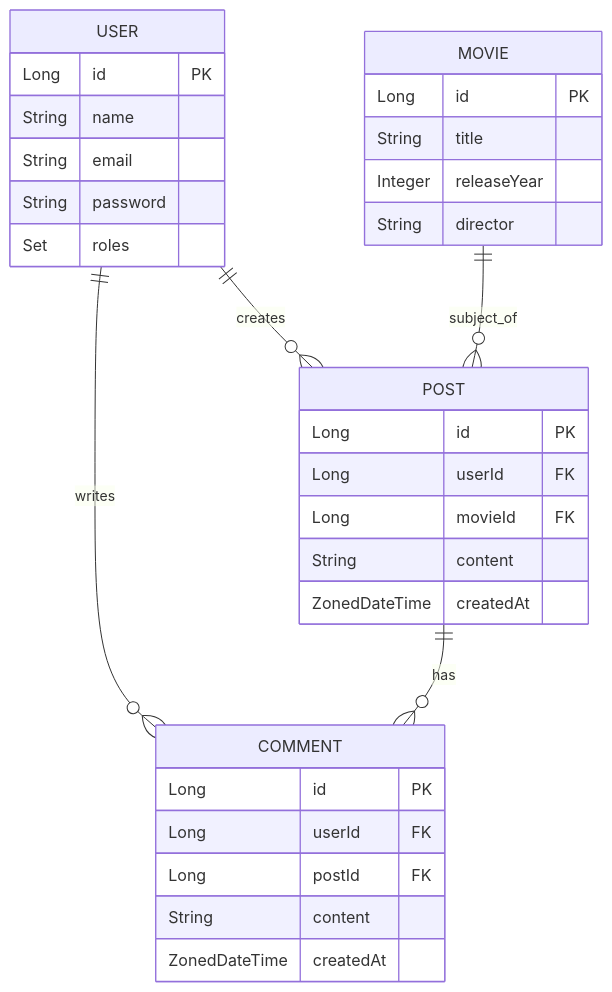
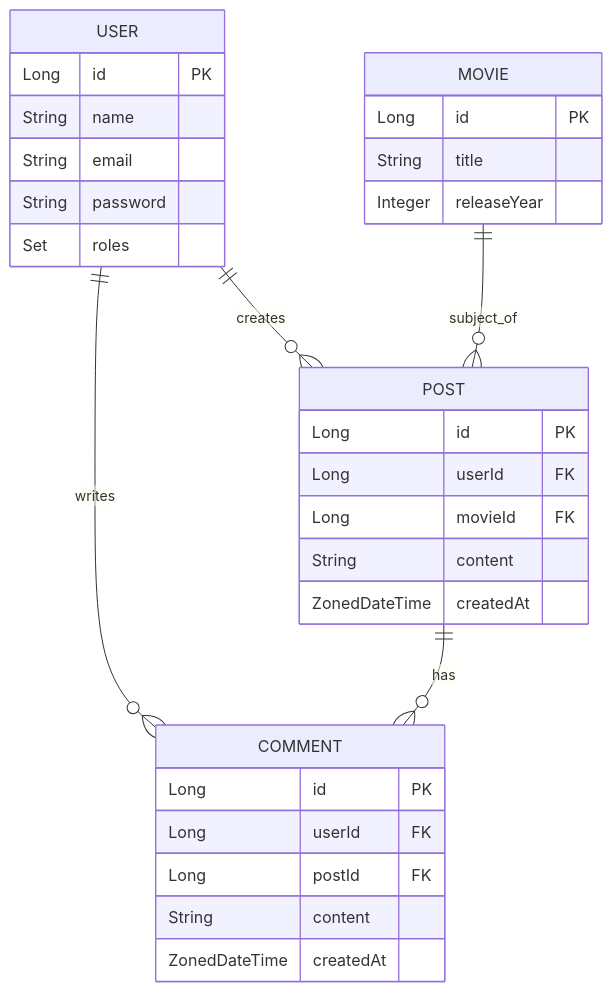
The diagram in README.md (mateoismael/fammz), drawn with Mermaid before and after one commit.

````diff
--- a/README.md
+++ b/README.md
@@ -87,38 +87,37 @@
 ```mermaid
 erDiagram
     USER ||--o{ POST : creates
     USER ||--o{ COMMENT : writes
     MOVIE ||--o{ POST : subject_of
     POST ||--o{ COMMENT : has
 
     USER {
         Long id PK
         String name
         String email
         String password
         Set roles
     }
 
     MOVIE {
         Long id PK
         String title
         Integer releaseYear
-        String director
     }
 
     POST {
         Long id PK
         Long userId FK
         Long movieId FK
         String content
         ZonedDateTime createdAt
     }
 
     COMMENT {
         Long id PK
         Long userId FK
         Long postId FK
         String content
         ZonedDateTime createdAt
     }
 ```
````
